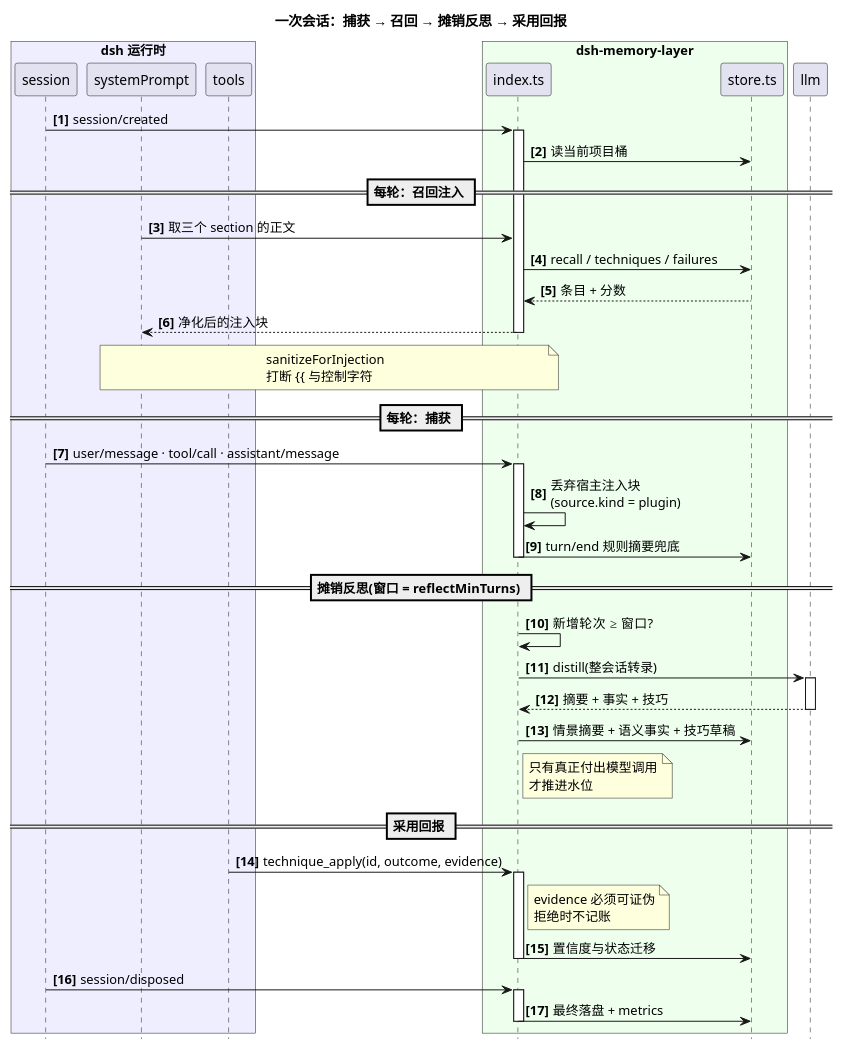
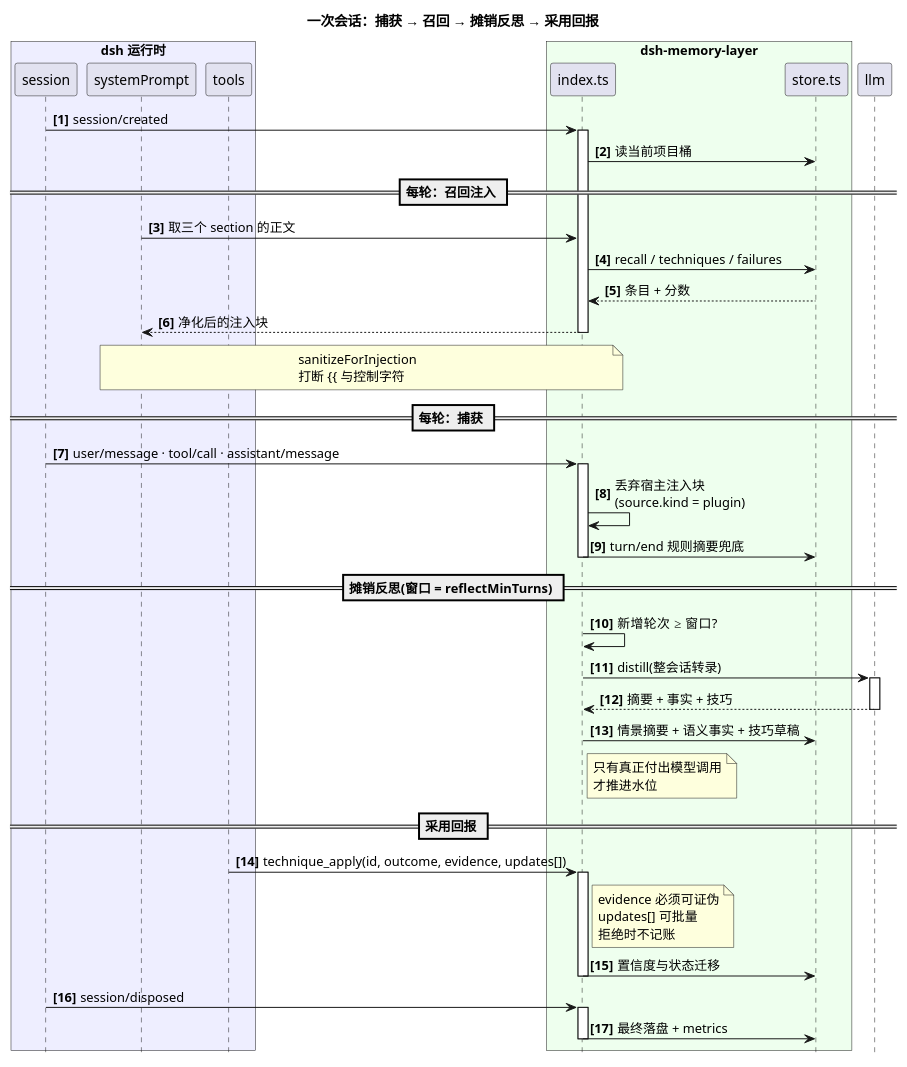
One commit to raitpor/dsh-memory-layer changed the second of 5 diagrams in docs/architecture.puml. Above: the diagram before and after it, drawn with PlantUML. The commit also changed 12 other files, not shown here.

```diff
--- a/docs/architecture.puml
+++ b/docs/architecture.puml
@@ -78,52 +78,52 @@
 @startuml dsh-memory-layer-session
 title 一次会话：捕获 → 召回 → 摊销反思 → 采用回报
 
 autonumber "<b>[0]"
 hide footbox
 skinparam shadowing false
 
 box "dsh 运行时" #EEEEFF
   participant "session" as S
   participant "systemPrompt" as P
   participant "tools" as T
 end box
 
 box "dsh-memory-layer" #EEFFEE
   participant "index.ts" as M
   participant "store.ts" as D
 end box
 
 participant "llm" as L
 
 S -> M ++ : session/created
 M -> D : 读当前项目桶
 
 == 每轮：召回注入 ==
 P -> M : 取三个 section 的正文
 M -> D : recall / techniques / failures
 D --> M : 条目 + 分数
 M --> P -- : 净化后的注入块
 note over M, P : sanitizeForInjection\n打断 {{ 与控制字符
 
 == 每轮：捕获 ==
 S -> M ++ : user/message · tool/call · assistant/message
 M -> M : 丢弃宿主注入块\n(source.kind = plugin)
 M -> D -- : turn/end 规则摘要兜底
 
 == 摊销反思(窗口 = reflectMinTurns) ==
 M -> M : 新增轮次 ≥ 窗口?
 M -> L ++ : distill(整会话转录)
 L --> M -- : 摘要 + 事实 + 技巧
 M -> D : 情景摘要 + 语义事实 + 技巧草稿
 note right of M : 只有真正付出模型调用\n才推进水位
 
 == 采用回报 ==
-T -> M ++ : technique_apply(id, outcome, evidence)
-note right of M : evidence 必须可证伪\n拒绝时不记账
+T -> M ++ : technique_apply(id, outcome, evidence, updates[])
+note right of M : evidence 必须可证伪\nupdates[] 可批量\n拒绝时不记账
 M -> D -- : 置信度与状态迁移
 
 S -> M ++ : session/disposed
 M -> D -- : 最终落盘 + metrics
 M --
 
 @enduml
```
